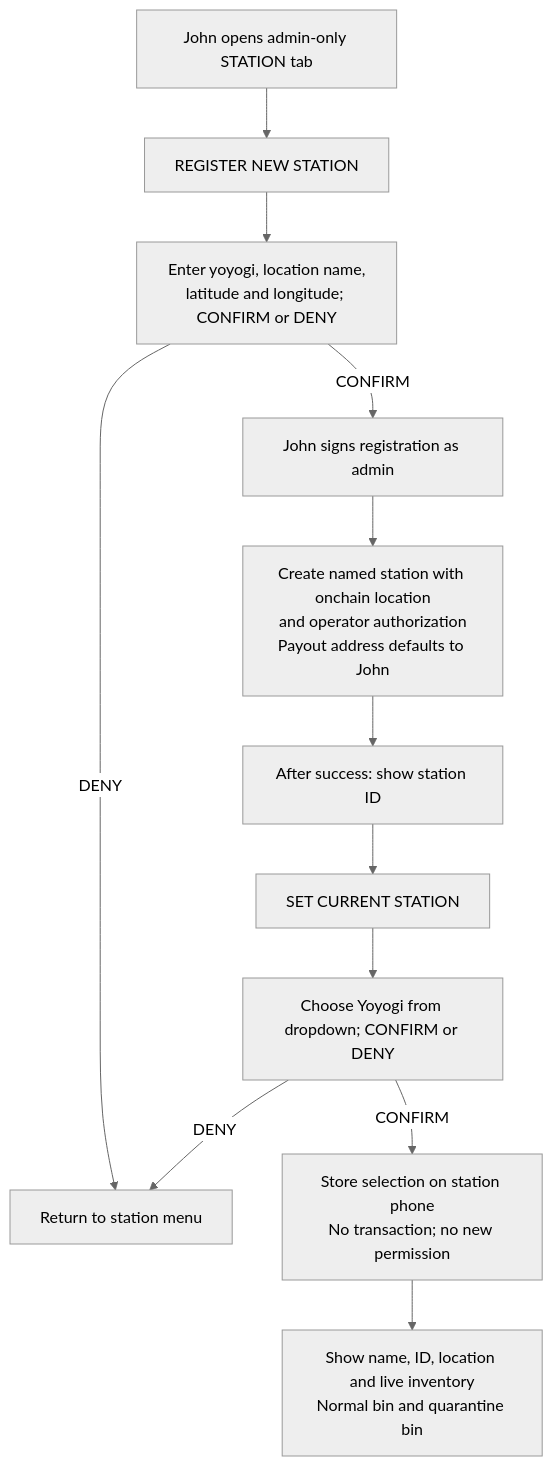
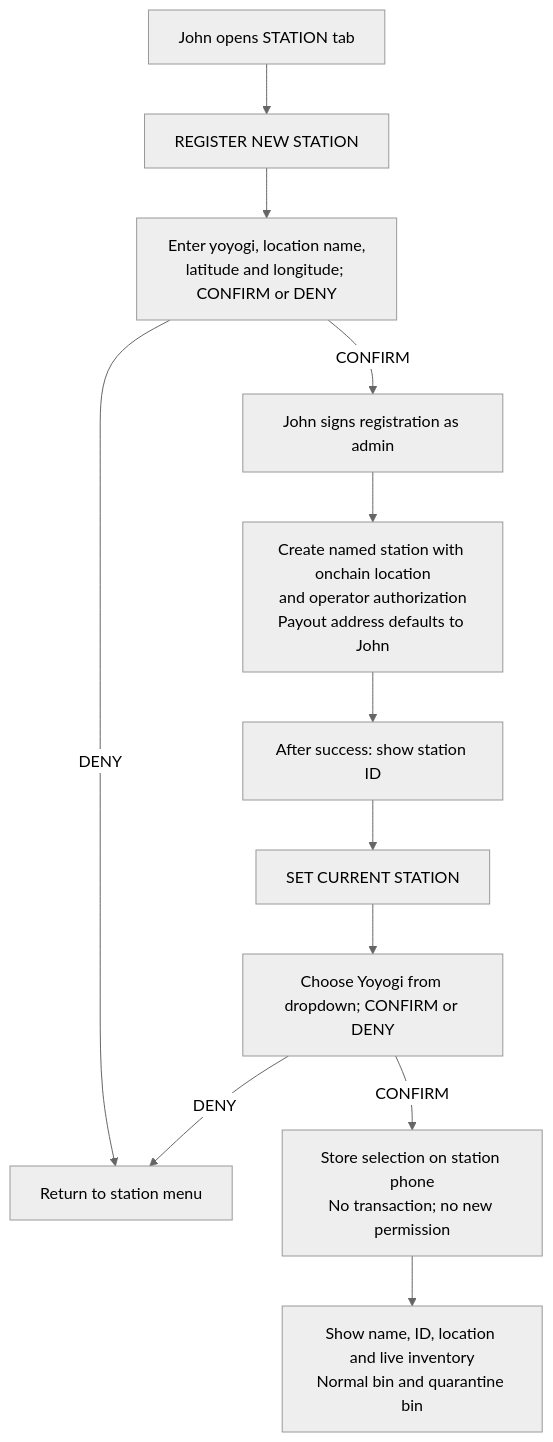
Before and after one commit to towa-hi/sui-kirisame: the second of 10 diagrams in docs/project-flows.md, drawn with Mermaid (neutral theme). The commit also changed other lines of this file and 5 other files, not shown here.

````diff
--- a/docs/project-flows.md
+++ b/docs/project-flows.md
@@ -42,14 +42,14 @@
 ```mermaid
 flowchart TD
-    Start["John opens admin-only STATION tab"] --> Register["REGISTER NEW STATION"]
+    Start["John opens STATION tab"] --> Register["REGISTER NEW STATION"]
     Register --> Details["Enter yoyogi, location name,<br/>latitude and longitude; CONFIRM or DENY"]
     Details -->|DENY| Home["Return to station menu"]
     Details -->|CONFIRM| Sign["John signs registration as admin"]
     Sign --> Created["Create named station with onchain location<br/>and operator authorization<br/>Payout address defaults to John"]
     Created --> ID["After success: show station ID"]
     ID --> Select["SET CURRENT STATION"]
     Select --> List["Choose Yoyogi from dropdown; CONFIRM or DENY"]
     List -->|DENY| Home
     List -->|CONFIRM| Selected["Store selection on station phone<br/>No transaction; no new permission"]
     Selected --> Inventory["Show name, ID, location and live inventory<br/>Normal bin and quarantine bin"]
 ```
````
